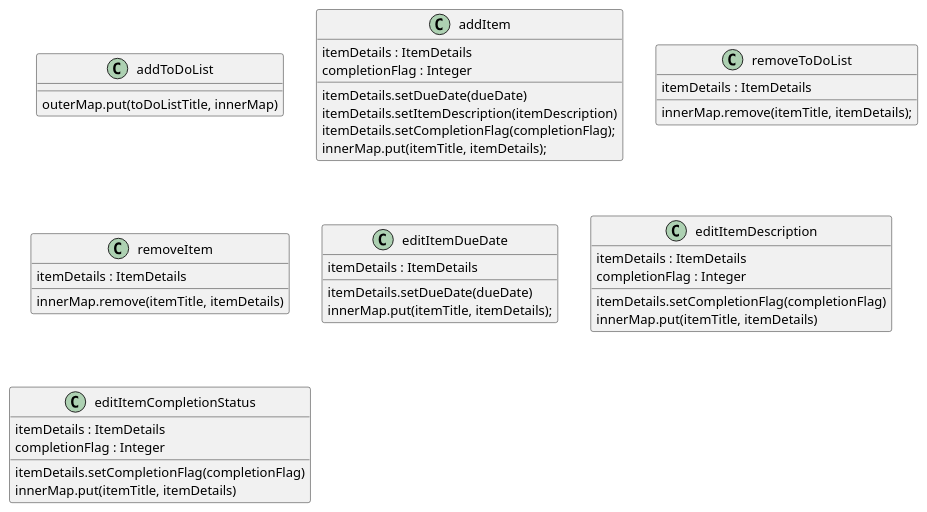
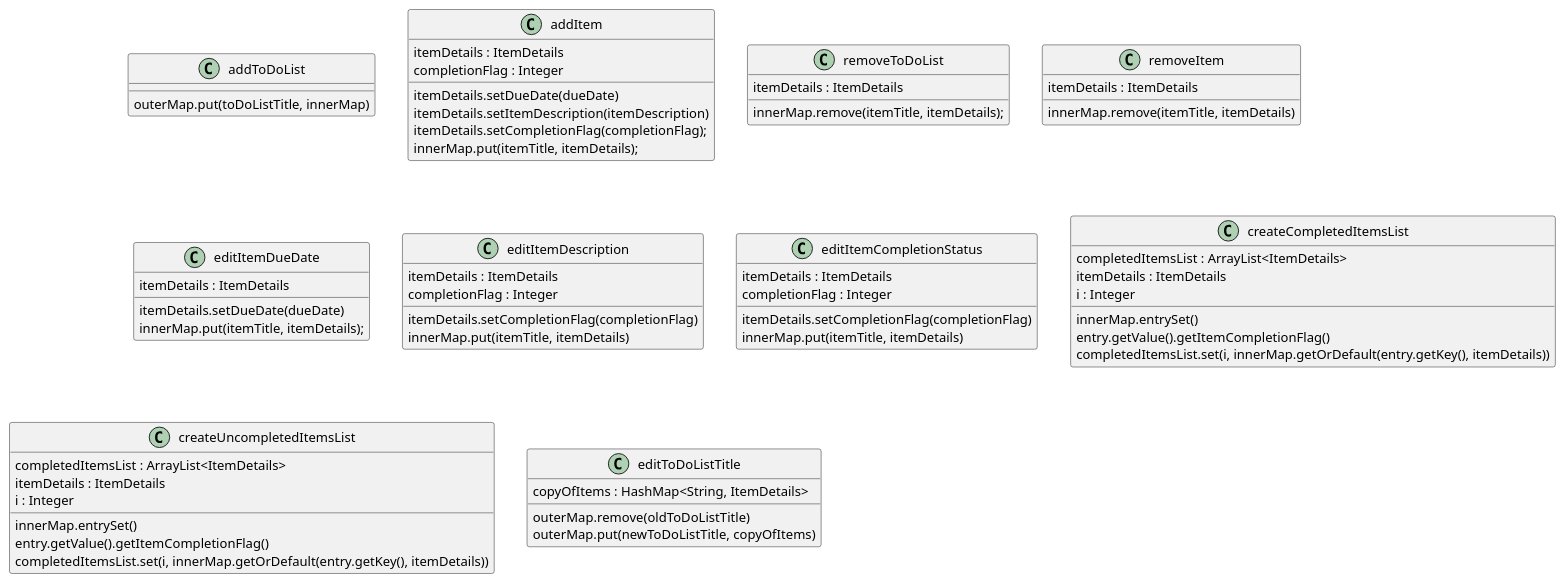
Before and after one commit to averyreyna/reyna-cop3330-assignment4: the diagram in src/uml/assignment4_classdiagram.puml, drawn with PlantUML. The commit also changed 11 other files, not shown here.

```diff
--- a/src/uml/assignment4_classdiagram.puml
+++ b/src/uml/assignment4_classdiagram.puml
@@ -1,54 +1,82 @@
 @startuml
 'https://plantuml.com/class-diagram'
 
 class addToDoList
 {
     outerMap.put(toDoListTitle, innerMap)
 }
 
 class addItem
 {
     itemDetails : ItemDetails
     completionFlag : Integer
     itemDetails.setDueDate(dueDate)
     itemDetails.setItemDescription(itemDescription)
     itemDetails.setCompletionFlag(completionFlag);
     innerMap.put(itemTitle, itemDetails);
 }
 
 class removeToDoList
 {
     itemDetails : ItemDetails
     innerMap.remove(itemTitle, itemDetails);
 }
 
 class removeItem
 {
      itemDetails : ItemDetails
      innerMap.remove(itemTitle, itemDetails)
 }
 
 class editItemDueDate
 {
     itemDetails : ItemDetails
     itemDetails.setDueDate(dueDate)
     innerMap.put(itemTitle, itemDetails);
 }
 
 class editItemDescription
 {
     itemDetails : ItemDetails
     completionFlag : Integer
     itemDetails.setCompletionFlag(completionFlag)
     innerMap.put(itemTitle, itemDetails)
 }
 
 class editItemCompletionStatus
 {
     itemDetails : ItemDetails
     completionFlag : Integer
     itemDetails.setCompletionFlag(completionFlag)
     innerMap.put(itemTitle, itemDetails)
 }
 
+class createCompletedItemsList
+{
+    completedItemsList : ArrayList<ItemDetails>
+    itemDetails : ItemDetails
+    i : Integer
+    innerMap.entrySet()
+    entry.getValue().getItemCompletionFlag()
+    completedItemsList.set(i, innerMap.getOrDefault(entry.getKey(), itemDetails))
+}
+
+
+class createUncompletedItemsList
+{
+    completedItemsList : ArrayList<ItemDetails>
+    itemDetails : ItemDetails
+    i : Integer
+    innerMap.entrySet()
+    entry.getValue().getItemCompletionFlag()
+    completedItemsList.set(i, innerMap.getOrDefault(entry.getKey(), itemDetails))
+}
+
+class editToDoListTitle
+{
+    copyOfItems : HashMap<String, ItemDetails>
+    outerMap.remove(oldToDoListTitle)
+    outerMap.put(newToDoListTitle, copyOfItems)
+}
+
 @enduml
```
